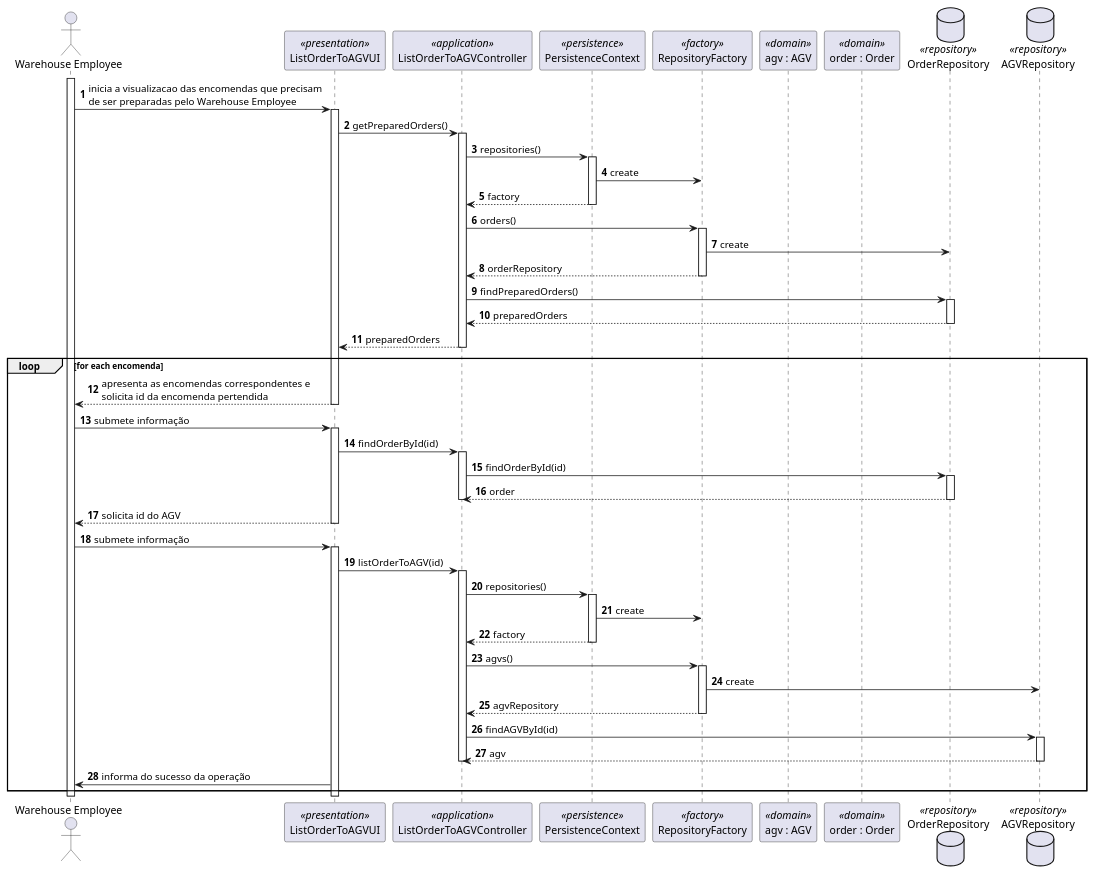
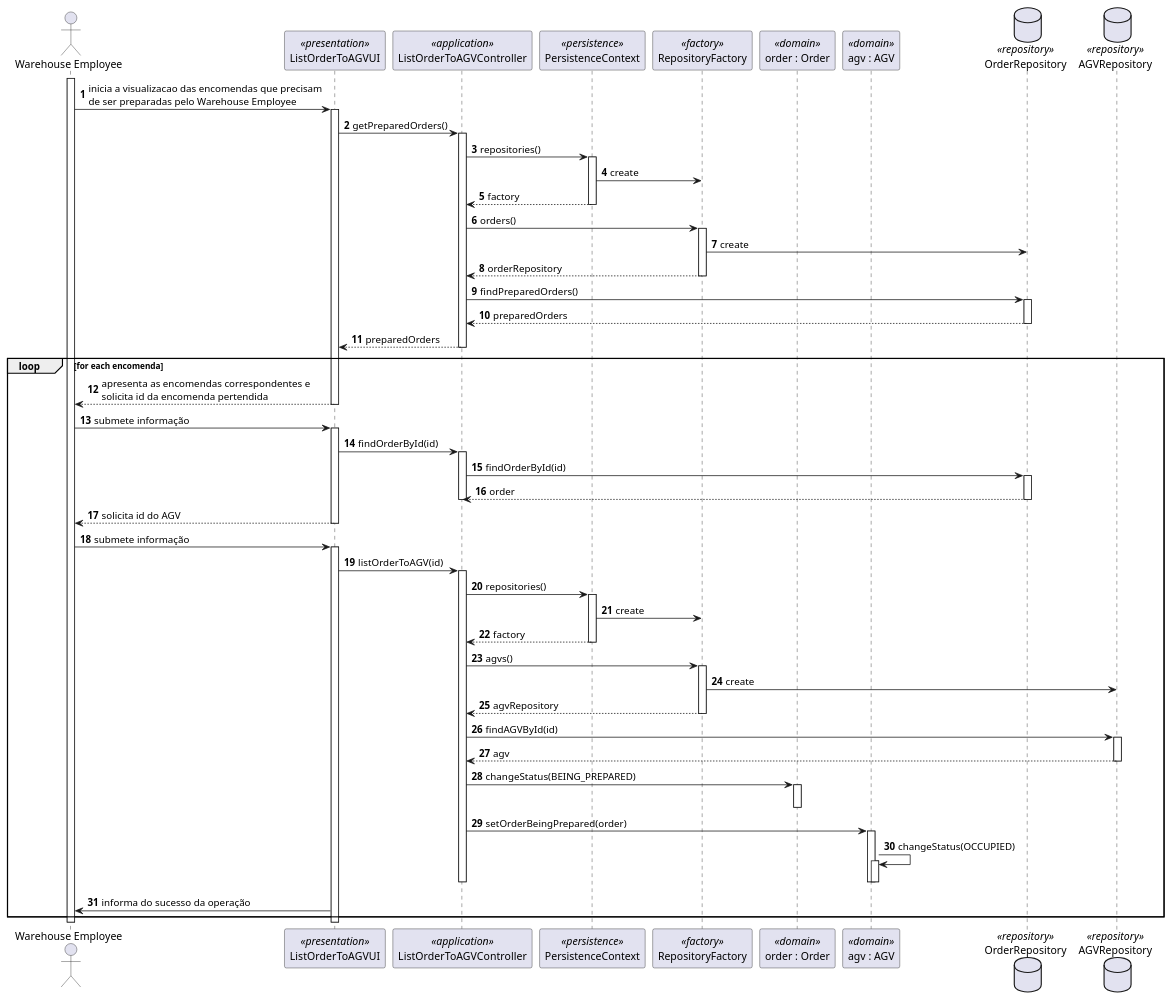
The diagram in Documentação/1190679/US2003/2003_SD.puml (1190772/LAB-Project-4), drawn with PlantUML before and after one commit. The commit also changed 5 other files, not shown here.

```diff
--- a/Documentação/1190679/US2003/2003_SD.puml
+++ b/Documentação/1190679/US2003/2003_SD.puml
@@ -1,74 +1,83 @@
 @startuml
 autonumber
 actor "Warehouse Employee" as WE
 participant "ListOrderToAGVUI" as UI <<presentation>>
 participant "ListOrderToAGVController" as CTRL <<application>>
 participant PersistenceContext as PER <<persistence>>
 participant "RepositoryFactory" as REPOFACT <<factory>>
+participant "order : Order" as ORDER <<domain>>
 participant "agv : AGV" as AGV <<domain>>
-participant "order : Order" as ORDER <<domain>>
 database "OrderRepository" as orderREPO <<repository>>
 database "AGVRepository" as agvREPO <<repository>>
 
 
 
 activate WE
 WE -> UI : inicia a visualizacao das encomendas que precisam\nde ser preparadas pelo Warehouse Employee
 activate UI
 UI -> CTRL : getPreparedOrders()
 activate CTRL
 CTRL -> PER : repositories()
 activate PER
 PER -> REPOFACT : create
 PER --> CTRL : factory
 deactivate PER
 CTRL -> REPOFACT : orders()
 activate REPOFACT
 REPOFACT -> orderREPO : create
 REPOFACT --> CTRL : orderRepository
 deactivate REPOFACT
 CTRL -> orderREPO : findPreparedOrders()
 activate orderREPO
 orderREPO --> CTRL : preparedOrders
 deactivate orderREPO
 CTRL --> UI : preparedOrders
 deactivate CTRL
 loop for each encomenda
 UI --> WE : apresenta as encomendas correspondentes e\nsolicita id da encomenda pertendida
 deactivate UI
 WE -> UI : submete informação
 activate UI
 UI -> CTRL : findOrderById(id)
 activate CTRL
 CTRL -> orderREPO : findOrderById(id)
 activate orderREPO
 orderREPO --> CTRL : order
 deactivate orderREPO
 deactivate CTRL
 UI --> WE : solicita id do AGV
 deactivate UI
 WE -> UI : submete informação
 activate UI
 UI -> CTRL : listOrderToAGV(id)
 activate CTRL
 CTRL -> PER : repositories()
 activate PER
 PER -> REPOFACT : create
 PER --> CTRL : factory
 deactivate PER
 CTRL -> REPOFACT : agvs()
 activate REPOFACT
 REPOFACT -> agvREPO : create
 REPOFACT --> CTRL : agvRepository
 deactivate REPOFACT
 CTRL -> agvREPO : findAGVById(id)
 activate agvREPO
 agvREPO --> CTRL : agv
 deactivate agvREPO
+CTRL -> ORDER : changeStatus(BEING_PREPARED)
+activate ORDER
+deactivate ORDER
+CTRL -> AGV : setOrderBeingPrepared(order)
+activate AGV
+AGV -> AGV : changeStatus(OCCUPIED)
+activate AGV
+deactivate AGV
+deactivate AGV
 deactivate CTRL
 UI -> WE : informa do sucesso da operação
 end
 deactivate UI
 deactivate WE
 
 @enduml
```
